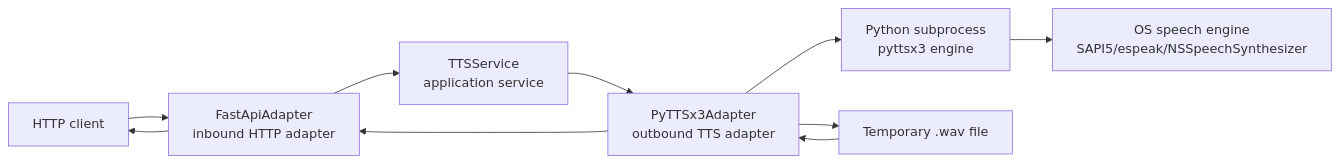
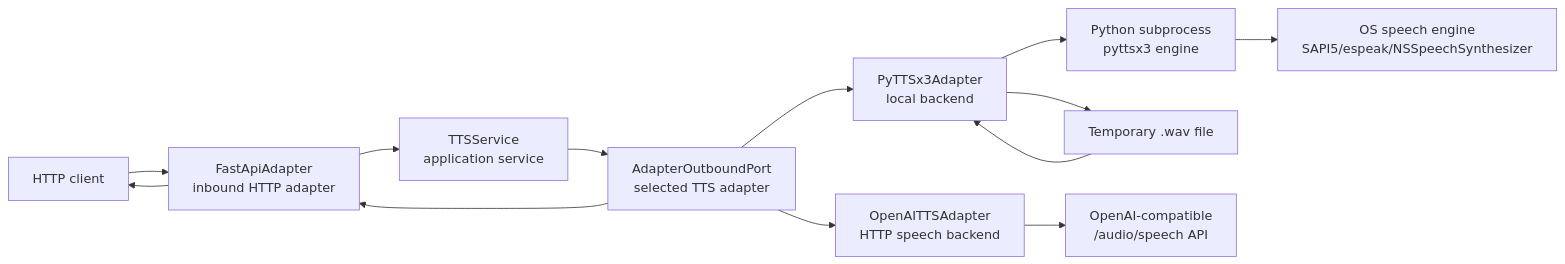
One commit to DanielCalvo-Calvicia/tts_microservice changed the first of 3 diagrams in README.md. Above: the diagram before and after it, drawn with Mermaid. The commit also changed other lines of this file and 17 other files, not shown here.

````diff
--- a/README.md
+++ b/README.md
@@ -54,12 +74,15 @@
 ```mermaid
 flowchart LR
     Client["HTTP client"] --> FastAPI["FastApiAdapter<br/>inbound HTTP adapter"]
     FastAPI --> Service["TTSService<br/>application service"]
-    Service --> Outbound["PyTTSx3Adapter<br/>outbound TTS adapter"]
-    Outbound --> Subprocess["Python subprocess<br/>pyttsx3 engine"]
+    Service --> Outbound["AdapterOutboundPort<br/>selected TTS adapter"]
+    Outbound --> Local["PyTTSx3Adapter<br/>local backend"]
+    Outbound --> Cloud["OpenAITTSAdapter<br/>HTTP speech backend"]
+    Local --> Subprocess["Python subprocess<br/>pyttsx3 engine"]
     Subprocess --> NativeTTS["OS speech engine<br/>SAPI5/espeak/NSSpeechSynthesizer"]
-    Outbound --> TempWav["Temporary .wav file"]
-    TempWav --> Outbound
+    Local --> TempWav["Temporary .wav file"]
+    TempWav --> Local
+    Cloud --> OpenAI["OpenAI-compatible<br/>/audio/speech API"]
     Outbound --> FastAPI
     FastAPI --> Client
 ```
````
